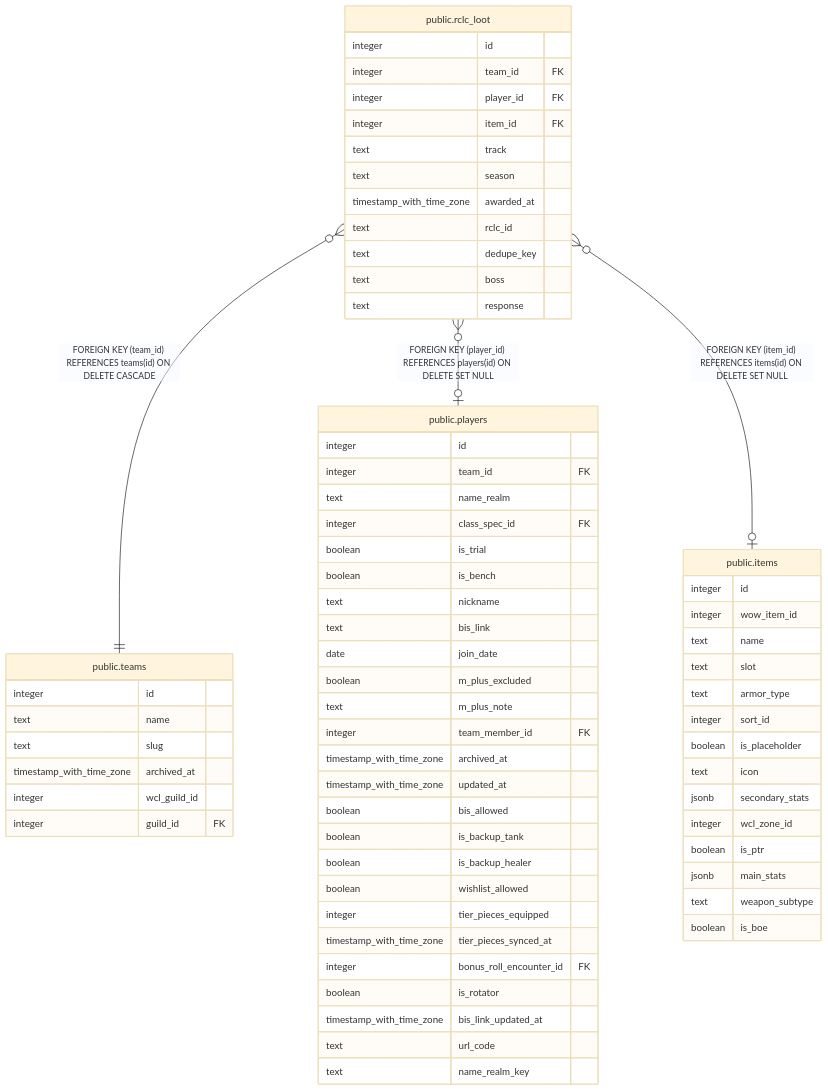
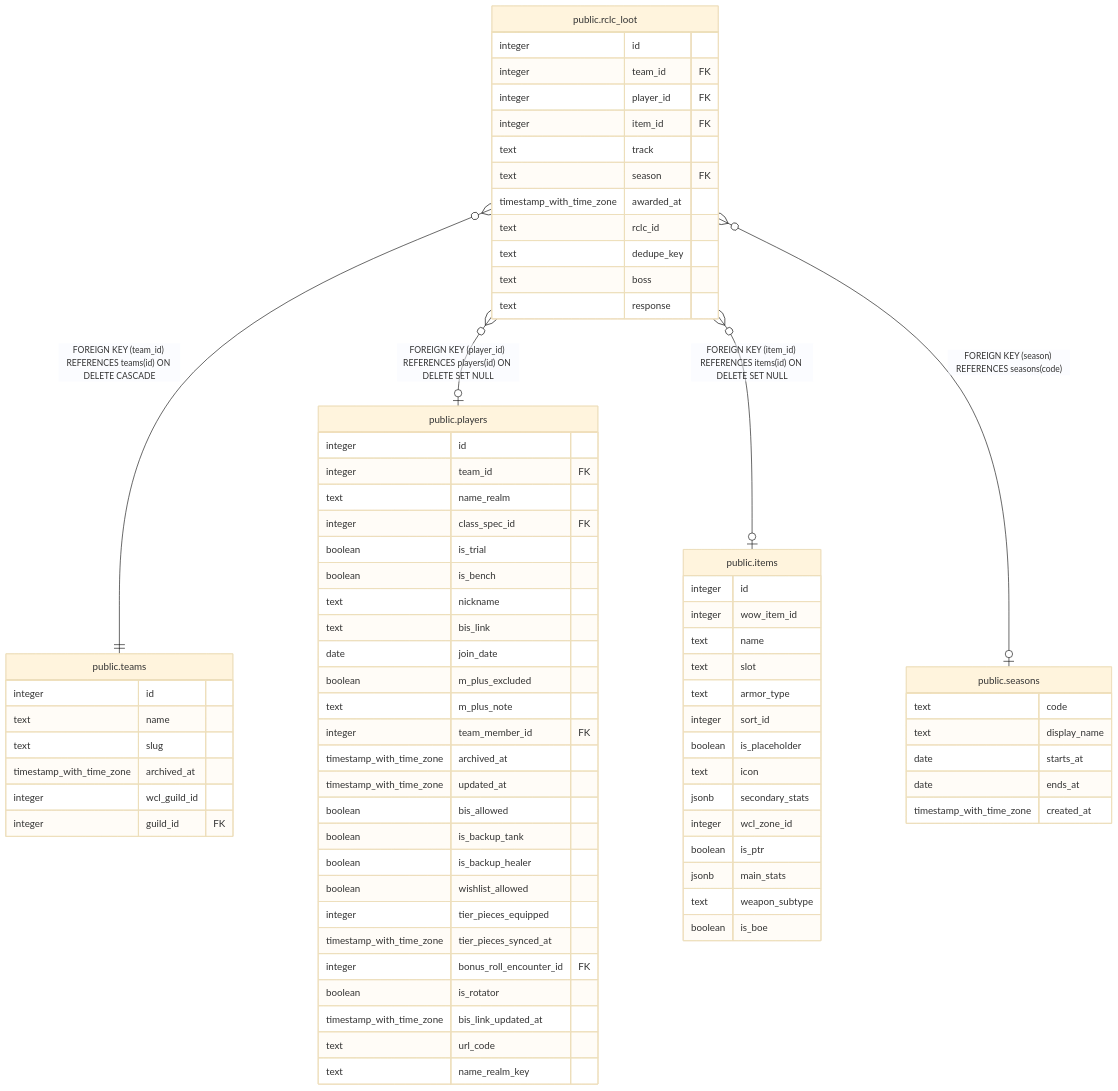
Before and after one commit to katogaming88/WGA-Raid-Hub: the diagram in dbdoc/public.rclc_loot.md, drawn with Mermaid (base theme). The commit also changed other lines of this file and 64 other files, not shown here.

First line of the commit message:
A seasons table, a foreign key on every season column, and the sync keeping the team's stamp (v3.123.0) (#1194)

````diff
--- a/dbdoc/public.rclc_loot.md
+++ b/dbdoc/public.rclc_loot.md
@@ -45,72 +46,80 @@
 ```mermaid
 erDiagram
 
 "public.rclc_loot" }o--|| "public.teams" : "FOREIGN KEY (team_id) REFERENCES teams(id) ON DELETE CASCADE"
 "public.rclc_loot" }o--o| "public.players" : "FOREIGN KEY (player_id) REFERENCES players(id) ON DELETE SET NULL"
 "public.rclc_loot" }o--o| "public.items" : "FOREIGN KEY (item_id) REFERENCES items(id) ON DELETE SET NULL"
+"public.rclc_loot" }o--o| "public.seasons" : "FOREIGN KEY (season) REFERENCES seasons(code)"
 
 "public.rclc_loot" {
   integer id
   integer team_id FK
   integer player_id FK
   integer item_id FK
   text track
-  text season
+  text season FK
   timestamp_with_time_zone awarded_at
   text rclc_id
   text dedupe_key
   text boss
   text response
 }
 "public.teams" {
   integer id
   text name
   text slug
   timestamp_with_time_zone archived_at
   integer wcl_guild_id
   integer guild_id FK
 }
 "public.players" {
   integer id
   integer team_id FK
   text name_realm
   integer class_spec_id FK
   boolean is_trial
   boolean is_bench
   text nickname
   text bis_link
   date join_date
   boolean m_plus_excluded
   text m_plus_note
   integer team_member_id FK
   timestamp_with_time_zone archived_at
   timestamp_with_time_zone updated_at
   boolean bis_allowed
   boolean is_backup_tank
   boolean is_backup_healer
   boolean wishlist_allowed
   integer tier_pieces_equipped
   timestamp_with_time_zone tier_pieces_synced_at
   integer bonus_roll_encounter_id FK
   boolean is_rotator
   timestamp_with_time_zone bis_link_updated_at
   text url_code
   text name_realm_key
 }
 "public.items" {
   integer id
   integer wow_item_id
   text name
   text slot
   text armor_type
   integer sort_id
   boolean is_placeholder
   text icon
   jsonb secondary_stats
   integer wcl_zone_id
   boolean is_ptr
   jsonb main_stats
   text weapon_subtype
   boolean is_boe
 }
+"public.seasons" {
+  text code
+  text display_name
+  date starts_at
+  date ends_at
+  timestamp_with_time_zone created_at
+}
 ```
````
